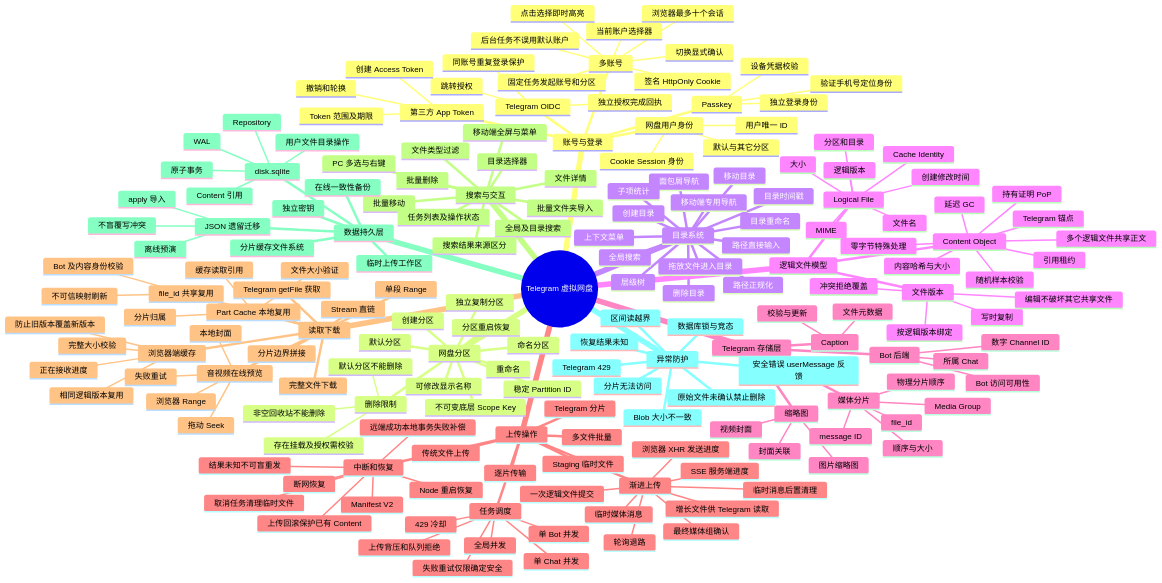
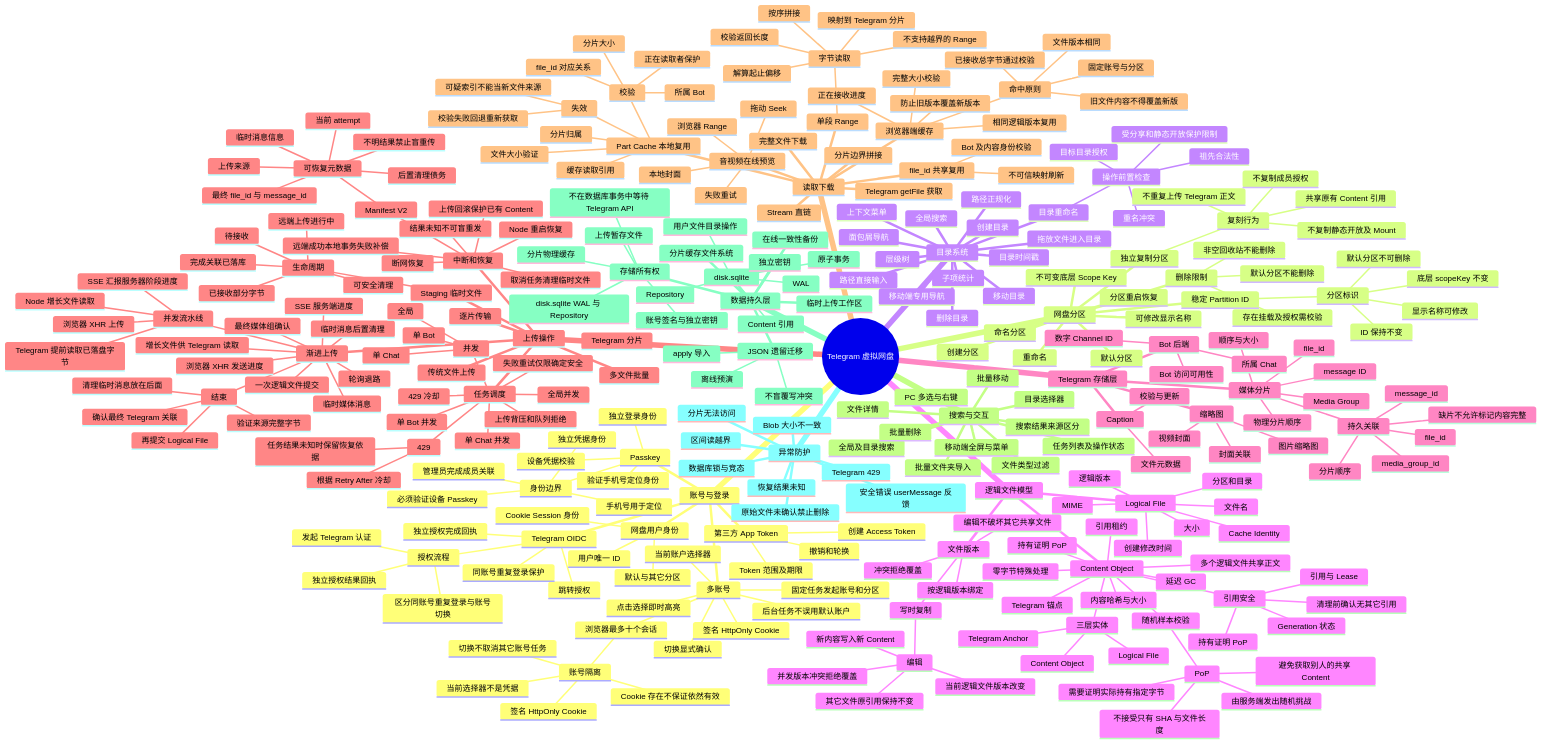
The diagram in docs/overview/feature-mindmaps/05-telegram-drive-files-identity.md (Ltre/file-tunnel), drawn with Mermaid before and after one commit. The commit also changed 1 other file, not shown here.

Commit message:
docs: deepen Telegram Drive and S3 sharing mindmaps 05-06

```diff
--- a/docs/overview/feature-mindmaps/05-telegram-drive-files-identity.md
+++ b/docs/overview/feature-mindmaps/05-telegram-drive-files-identity.md
@@ -16,10 +16,19 @@
         默认与其它分区
         Cookie Session 身份
       Telegram OIDC
+        授权流程
+          发起 Telegram 认证
+          独立授权结果回执
+          区分同账号重复登录与账号切换
         跳转授权
         独立授权完成回执
         同账号重复登录保护
       Passkey
+        身份边界
+          独立凭据身份
+          手机号用于定位
+          必须验证设备 Passkey
+          管理员完成成员关联
         独立登录身份
         验证手机号定位身份
         设备凭据校验
@@ -29,6 +38,11 @@
         撤销和轮换
       多账号
         浏览器最多十个会话
+          账号隔离
+            签名 HttpOnly Cookie
+            当前选择器不是凭据
+            切换不取消其它账号任务
+            Cookie 存在不保证依然有效
         签名 HttpOnly Cookie
         当前账户选择器
         点击选择即时高亮
@@ -39,11 +53,21 @@
       默认分区
       命名分区
       稳定 Partition ID
+        分区标识
+          ID 保持不变
+          底层 scopeKey 不变
+          显示名称可修改
+          默认分区不可删除
       不可变底层 Scope Key
       可修改显示名称
       创建分区
       重命名
       独立复制分区
+        复刻行为
+          共享原有 Content 引用
+          不重复上传 Telegram 正文
+          不复制成员授权
+          不复制静态开放及 Mount
       删除限制
         默认分区不能删除
         非空回收站不能删除
@@ -56,6 +80,11 @@
       面包屑导航
       路径直接输入
       目录重命名
+        操作前置检查
+          目标目录授权
+          重名冲突
+          祖先合法性
+          受分享和静态开放保护限制
       移动目录
       删除目录
       目录时间戳
@@ -74,17 +103,36 @@
         逻辑版本
         Cache Identity
       Content Object
+        三层实体
+          Logical File
+          Content Object
+          Telegram Anchor
+        引用安全
+          引用与 Lease
+          持有证明 PoP
+          Generation 状态
+          清理前确认无其它引用
         内容哈希与大小
         Telegram 锚点
         多个逻辑文件共享正文
         持有证明 PoP
         随机样本校验
+          PoP
+            由服务端发出随机挑战
+            需要证明实际持有指定字节
+            不接受只有 SHA 与文件长度
+            避免获取别人的共享 Content
         零字节特殊处理
         引用租约
         延迟 GC
       文件版本
         按逻辑版本绑定
         写时复制
+          编辑
+            新内容写入新 Content
+            当前逻辑文件版本改变
+            其它文件原引用保持不变
+            并发版本冲突拒绝覆盖
         冲突拒绝覆盖
         编辑不破坏其它共享文件
     Telegram 存储层
@@ -93,6 +141,12 @@
         数字 Channel ID
         Bot 访问可用性
       媒体分片
+        持久关联
+          分片顺序
+          message_id
+          file_id
+          media_group_id
+          缺片不允许标记内容完整
         顺序与大小
         message ID
         file_id
@@ -110,8 +164,24 @@
       多文件批量
       Telegram 分片
       Staging 临时文件
+        生命周期
+          待接收
+          已接收部分字节
+          远端上传进行中
+          完成关联已落库
+          可安全清理
       逐片传输
       渐进上传
+        并发流水线
+          浏览器 XHR 上传
+          Node 增长文件读取
+          Telegram 提前读取已落盘字节
+          SSE 汇报服务器阶段进度
+        结束
+          验证来源完整字节
+          确认最终 Telegram 关联
+          再提交 Logical File
+          清理临时消息放在后面
         浏览器 XHR 发送进度
         增长文件供 Telegram 读取
         SSE 服务端进度
@@ -121,6 +191,13 @@
         一次逻辑文件提交
         临时消息后置清理
       任务调度
+        并发
+          全局
+          单 Bot
+          单 Chat
+        429
+          根据 Retry After 冷却
+          任务结果未知时保留恢复依据
         全局并发
         单 Bot 并发
         单 Chat 并发
@@ -129,6 +206,13 @@
         失败重试仅限确定安全
       中断和恢复
         Manifest V2
+          可恢复元数据
+            上传来源
+            当前 attempt
+            临时消息信息
+            最终 file_id 与 message_id
+            后置清理债务
+            不明结果禁止盲重传
         断网恢复
         Node 重启恢复
         结果未知不可盲重发
@@ -139,9 +223,23 @@
       完整文件下载
       Stream 直链
       单段 Range
+        字节读取
+          解算起止偏移
+          映射到 Telegram 分片
+          按序拼接
+          校验返回长度
+          不支持越界的 Range
       分片边界拼接
       Telegram getFile 获取
       Part Cache 本地复用
+        校验
+          所属 Bot
+          分片大小
+          file_id 对应关系
+          正在读取者保护
+        失效
+          可疑索引不能当新文件来源
+          校验失败回退重新获取
         分片归属
         文件大小验证
         缓存读取引用
@@ -149,6 +247,11 @@
         Bot 及内容身份校验
         不可信映射刷新
       浏览器端缓存
+        命中原则
+          固定账号与分区
+          文件版本相同
+          已接收总字节通过校验
+          旧文件内容不得覆盖新版
         正在接收进度
         完整大小校验
         相同逻辑版本复用
@@ -171,6 +274,12 @@
       目录选择器
       批量文件夹导入
     数据持久层
+      存储所有权
+        disk.sqlite WAL 与 Repository
+        上传暂存文件
+        分片物理缓存
+        账号签名与独立密钥
+        不在数据库事务中等待 Telegram API
       disk.sqlite
         WAL
         Repository
```
